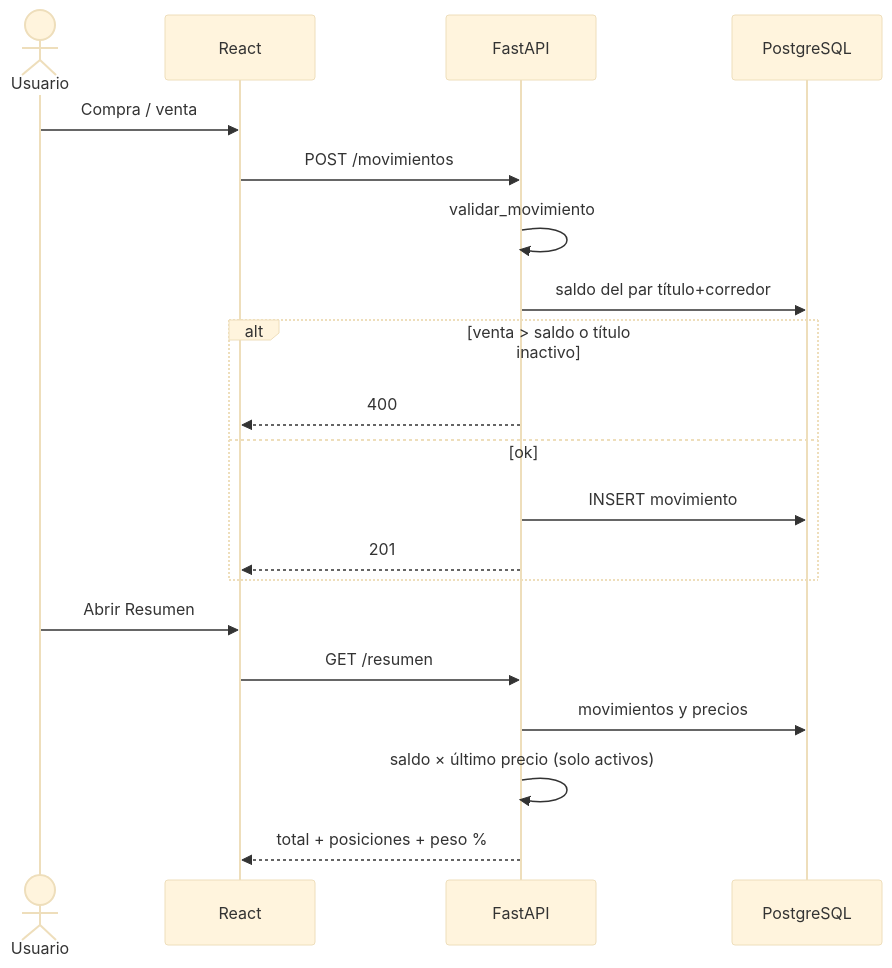
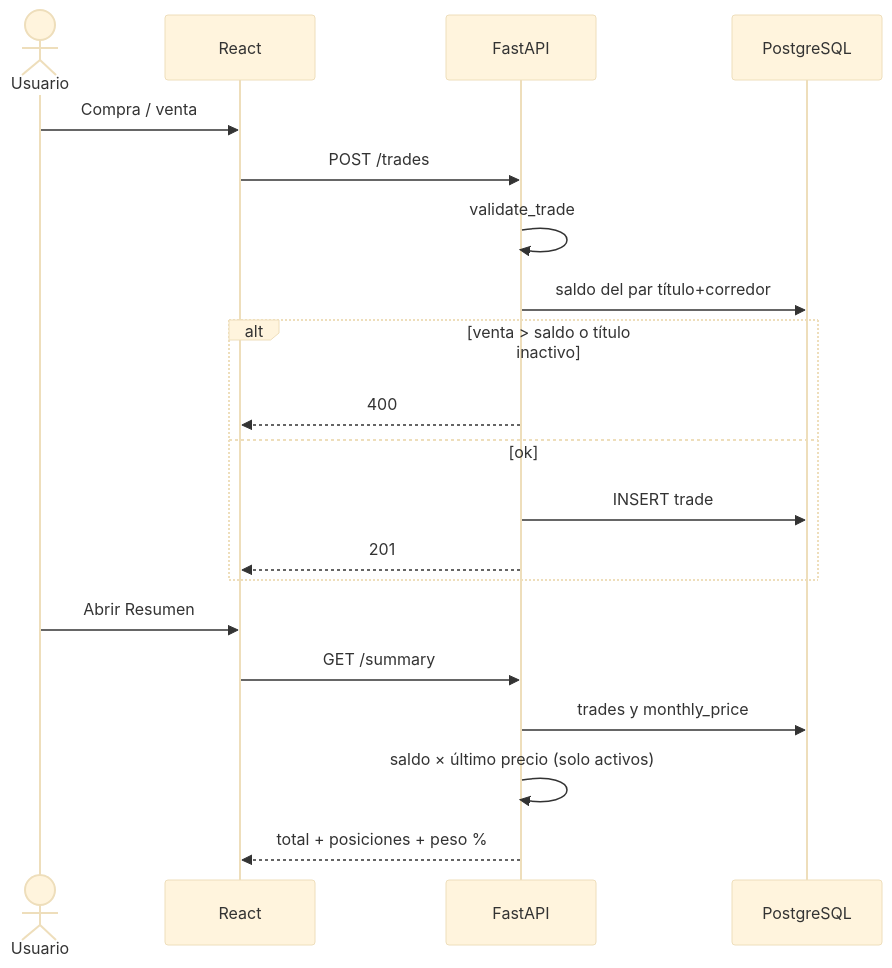
Before and after one commit to sebasvalencia/stocks: the second of 5 diagrams in README.md, drawn with Mermaid (base theme). The commit also changed other lines of this file and 52 other files, not shown here.

````diff
--- a/README.md
+++ b/README.md
@@ -56,24 +59,24 @@
 ```mermaid
 sequenceDiagram
   actor Usuario
   participant Web as React
   participant API as FastAPI
   participant DB as PostgreSQL
 
   Usuario->>Web: Compra / venta
-  Web->>API: POST /movimientos
-  API->>API: validar_movimiento
+  Web->>API: POST /trades
+  API->>API: validate_trade
   API->>DB: saldo del par título+corredor
   alt venta > saldo o título inactivo
     API-->>Web: 400
   else ok
-    API->>DB: INSERT movimiento
+    API->>DB: INSERT trade
     API-->>Web: 201
   end
 
   Usuario->>Web: Abrir Resumen
-  Web->>API: GET /resumen
-  API->>DB: movimientos y precios
+  Web->>API: GET /summary
+  API->>DB: trades y monthly_price
   API->>API: saldo × último precio (solo activos)
   API-->>Web: total + posiciones + peso %
 ```
````
